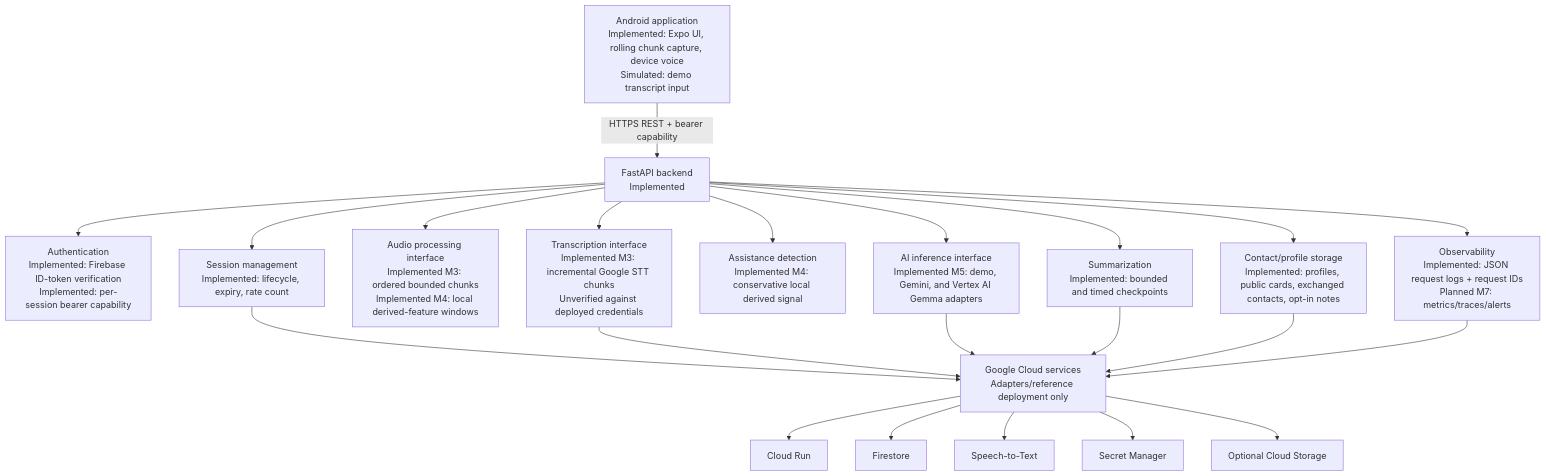
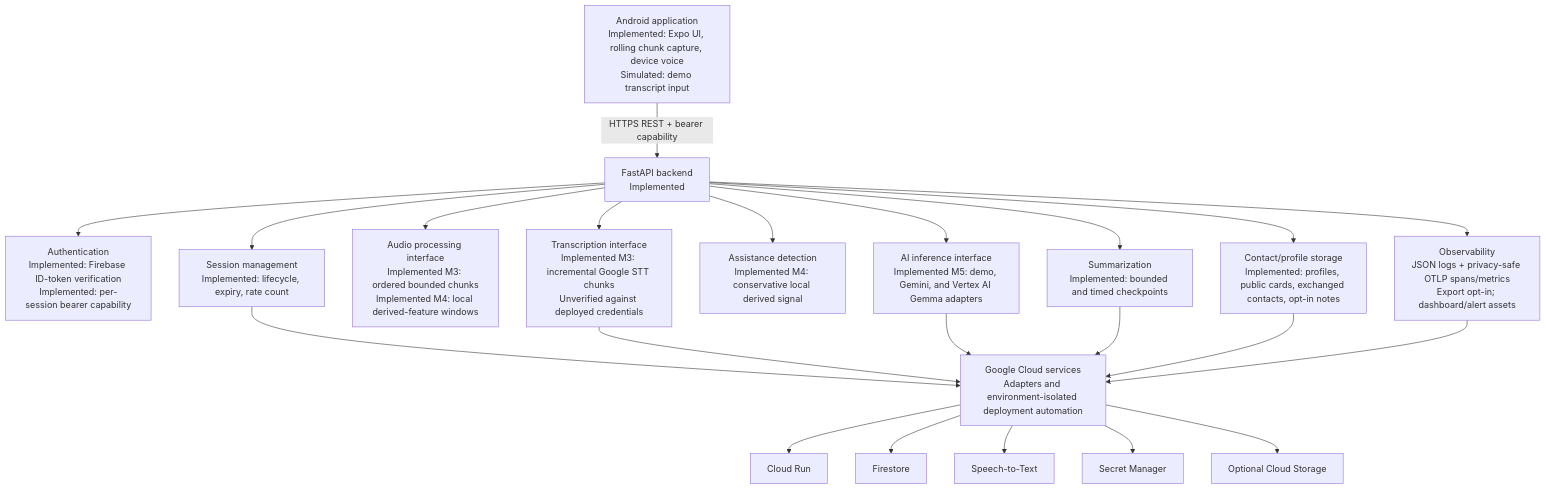
One commit to honeyreddydaram/Wings changed the first of 2 diagrams in docs/ARCHITECTURE.md. Above: the diagram before and after it, drawn with Mermaid. The commit also changed other lines of this file and 34 other files, not shown here.

````diff
--- a/docs/ARCHITECTURE.md
+++ b/docs/ARCHITECTURE.md
@@ -9,19 +9,19 @@
 ```mermaid
 flowchart TB
     A[Android application<br/>Implemented: Expo UI, rolling chunk capture, device voice<br/>Simulated: demo transcript input] -->|HTTPS REST + bearer capability| B[FastAPI backend<br/>Implemented]
     B --> C[Authentication<br/>Implemented: Firebase ID-token verification<br/>Implemented: per-session bearer capability]
     B --> D[Session management<br/>Implemented: lifecycle, expiry, rate count]
     B --> E[Audio processing interface<br/>Implemented M3: ordered bounded chunks<br/>Implemented M4: local derived-feature windows]
     B --> F[Transcription interface<br/>Implemented M3: incremental Google STT chunks<br/>Unverified against deployed credentials]
     B --> G[Assistance detection<br/>Implemented M4: conservative local derived signal]
     B --> H[AI inference interface<br/>Implemented M5: demo, Gemini, and Vertex AI Gemma adapters]
     B --> I[Summarization<br/>Implemented: bounded and timed checkpoints]
     B --> J[Contact/profile storage<br/>Implemented: profiles, public cards, exchanged contacts, opt-in notes]
-    B --> K[Observability<br/>Implemented: JSON request logs + request IDs<br/>Planned M7: metrics/traces/alerts]
-    D & F & H & I & J & K --> L[Google Cloud services<br/>Adapters/reference deployment only]
+    B --> K[Observability<br/>JSON logs + privacy-safe OTLP spans/metrics<br/>Export opt-in; dashboard/alert assets]
+    D & F & H & I & J & K --> L[Google Cloud services<br/>Adapters and environment-isolated deployment automation]
     L --> L1[Cloud Run]
     L --> L2[Firestore]
     L --> L3[Speech-to-Text]
     L --> L4[Secret Manager]
     L --> L5[Optional Cloud Storage]
 ```
````
